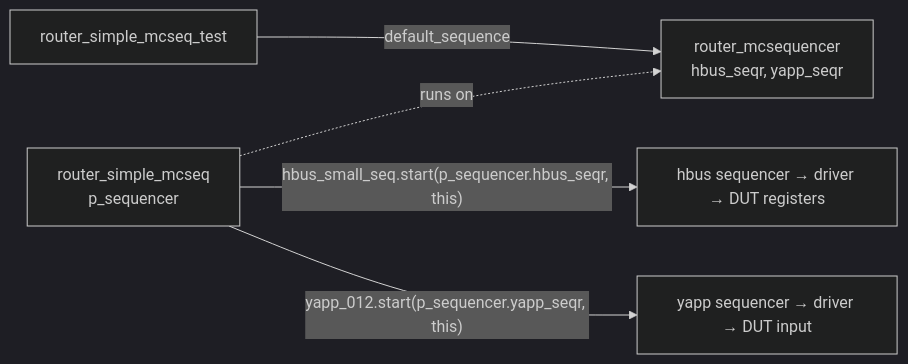
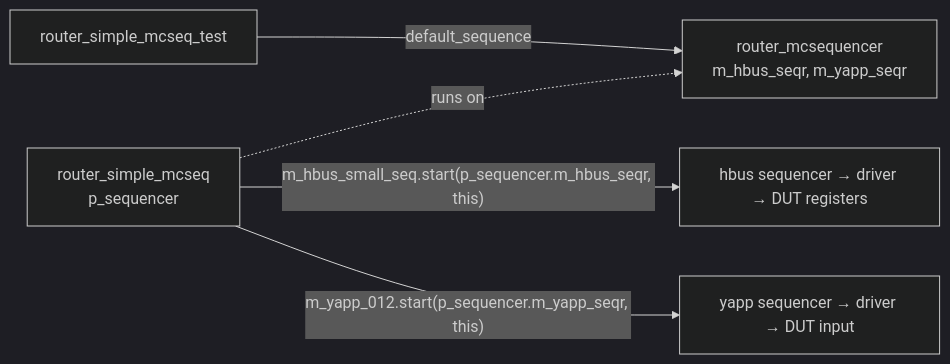
Before and after one commit to tamirgabgab/Qcom-Mentoring: the diagram in docs/components/virtual-sequencer.md, drawn with Mermaid (dark theme). The commit also changed 83 other files, not shown here.

First line of the commit message:
Site diagrams use the code's variable names

````diff
--- a/docs/components/virtual-sequencer.md
+++ b/docs/components/virtual-sequencer.md
@@ -12,7 +12,7 @@
 ```mermaid
 flowchart LR
-    T["router_simple_mcseq_test"] -->|"default_sequence"| MC["router_mcsequencer<br/>hbus_seqr, yapp_seqr"]
+    T["router_simple_mcseq_test"] -->|"default_sequence"| MC["router_mcsequencer<br/>m_hbus_seqr, m_yapp_seqr"]
     MS["router_simple_mcseq<br/>p_sequencer"] -.->|runs on| MC
-    MS -->|"hbus_small_seq.start(p_sequencer.hbus_seqr, this)"| H["hbus sequencer → driver → DUT registers"]
-    MS -->|"yapp_012.start(p_sequencer.yapp_seqr, this)"| Y["yapp sequencer → driver → DUT input"]
+    MS -->|"m_hbus_small_seq.start(p_sequencer.m_hbus_seqr, this)"| H["hbus sequencer → driver → DUT registers"]
+    MS -->|"m_yapp_012.start(p_sequencer.m_yapp_seqr, this)"| Y["yapp sequencer → driver → DUT input"]
 ```
````
